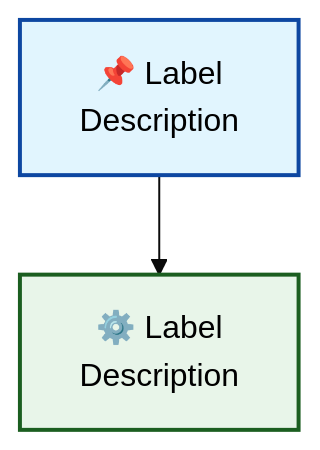
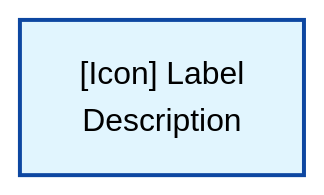
One commit to adourish/skills changed diagram 14 of 14 in documentation/skill_mermaid_section_508.md. Above: the diagram before and after it, drawn with Mermaid (base theme). The commit also changed other lines of this file and 30 other files, not shown here.

Commit message:
Fix Mermaid diagram syntax: Update graph to flowchart, remove emojis/HTML breaks, add VS Code extension setup

````diff
--- a/documentation/skill_mermaid_section_508.md
+++ b/documentation/skill_mermaid_section_508.md
@@ -401,10 +401,6 @@
 ```mermaid
-graph TB
-    Node1["📌 Label<br/>Description"]
-    Node2["⚙️ Label<br/>Description"]
+flowchart TB
+    Node["[Icon] Label<br/>Description"]
     
-    Node1 --> Node2
-    
-    style Node1 fill:#e1f5fe,stroke:#0d47a1,stroke-width:2px,color:#000
-    style Node2 fill:#e8f5e9,stroke:#1b5e20,stroke-width:2px,color:#000
+    style Node fill:#e1f5fe,stroke:#0d47a1,stroke-width:2px,color:#000
 ```
````
